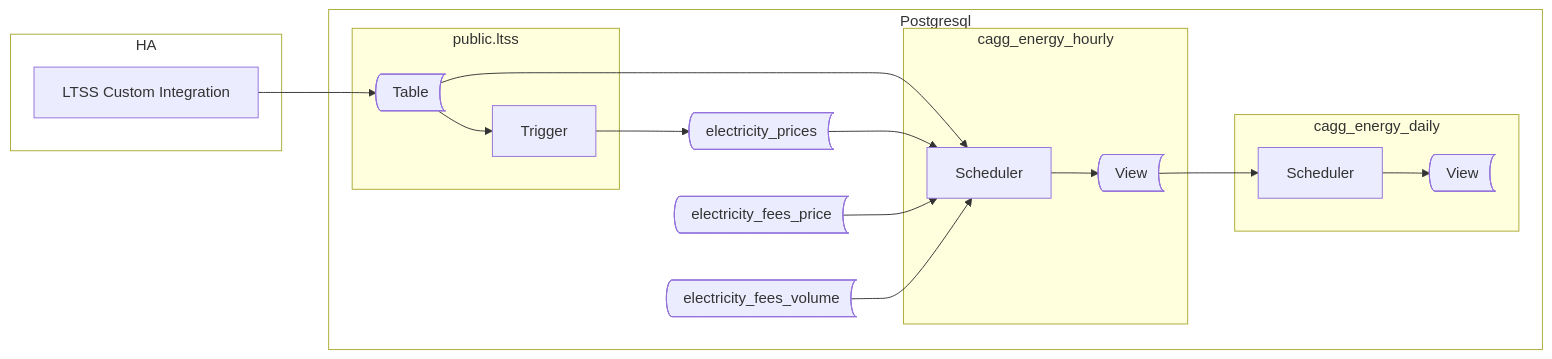
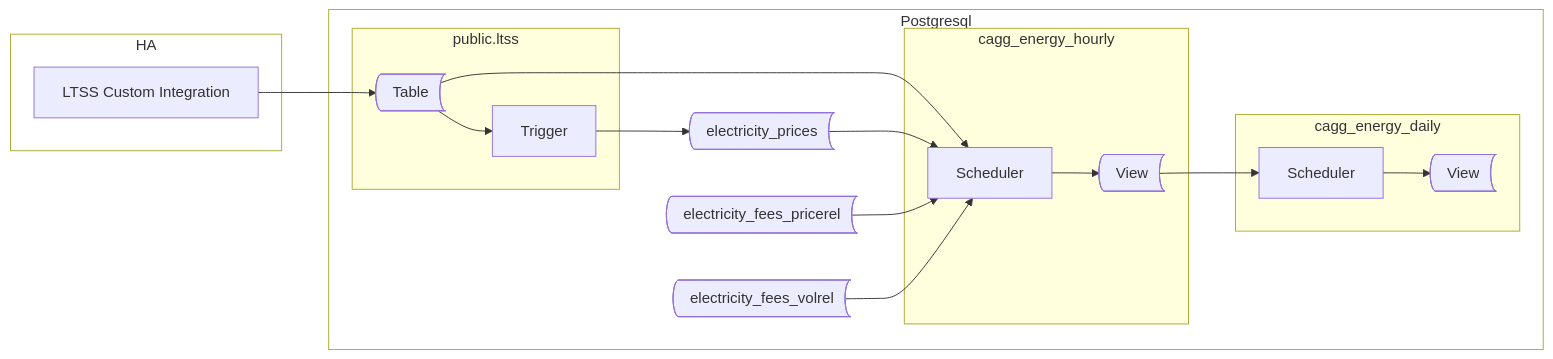
The diagram in ha-energy-spot.md (michalk-k/Home-Assistant-TimscaleDB), drawn with Mermaid before and after one commit. The commit also changed other lines of this file, not shown here.

````diff
--- a/ha-energy-spot.md
+++ b/ha-energy-spot.md
@@ -13,44 +13,44 @@
 ```mermaid
 flowchart LR
 
     subgraph Postgresql
         style Postgresql fill:transparent
         style HA fill:transparent
 
         t_prices@{ shape: bow-rect, label: "electricity_prices" }
-        t_feesp@{ shape: bow-rect, label: "electricity_fees_price" }
-        t_feesv@{ shape: bow-rect, label: "electricity_fees_volume" }
+        t_feesp@{ shape: bow-rect, label: "electricity_fees_pricerel" }
+        t_feesv@{ shape: bow-rect, label: "electricity_fees_volrel" }
 
         subgraph public.ltss
             t_ltss@{ shape: bow-rect, label: "Table" }
             tr_ltss@{ shape: rect, label: "Trigger" }
         end
 
         subgraph cagg_energy_hourly
             v_hourly@{ shape: bow-rect, label: "View" }
             p_hourly@{ shape: rect, label: "Scheduler" }
         end
 
         subgraph cagg_energy_daily
             v_daily@{ shape: bow-rect, label: "View" }
             p_daily@{ shape: rect, label: "Scheduler" }
         end
 
     end
 
     subgraph HA
         
         p_ltss@{ shape: rect, label: "LTSS Custom Integration" }
     end
 
     v_hourly-->p_daily
     t_ltss-->p_hourly
     t_prices-->p_hourly
     t_feesp-->p_hourly
     t_feesv-->p_hourly
     tr_ltss-->t_prices
     p_ltss-->t_ltss
     p_hourly-->v_hourly
     p_daily-->v_daily
     t_ltss-->tr_ltss
 ```
````
